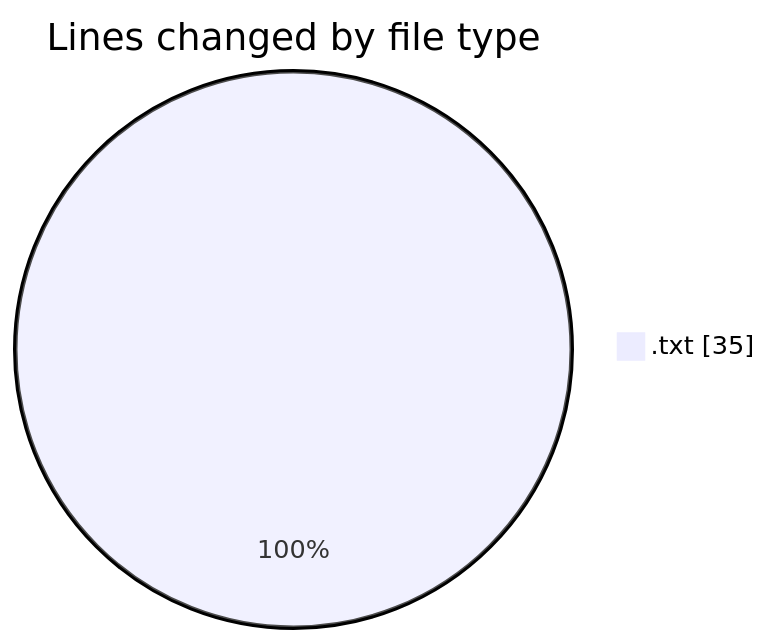
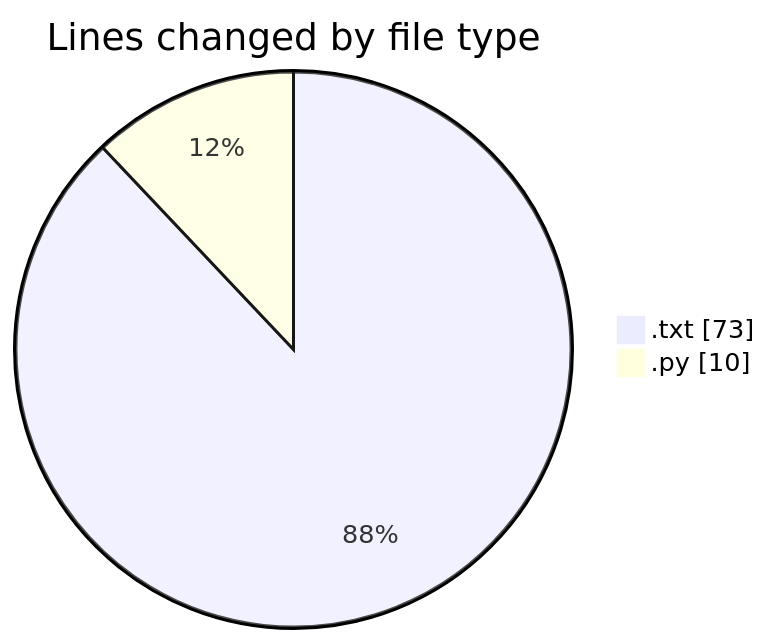
Before and after one commit to lephambinh05/code-tracking: the first of 2 diagrams in 2025-07-13/lab8/README.md, drawn with Mermaid. The commit also changed other lines of this file and 1 other file, not shown here.

````diff
--- a/2025-07-13/lab8/README.md
+++ b/2025-07-13/lab8/README.md
@@ -20,5 +21,6 @@
 ```mermaid
 pie showData
 title Lines changed by file type
-".txt" : 35
+".txt" : 73
+".py" : 10
 ```
````
